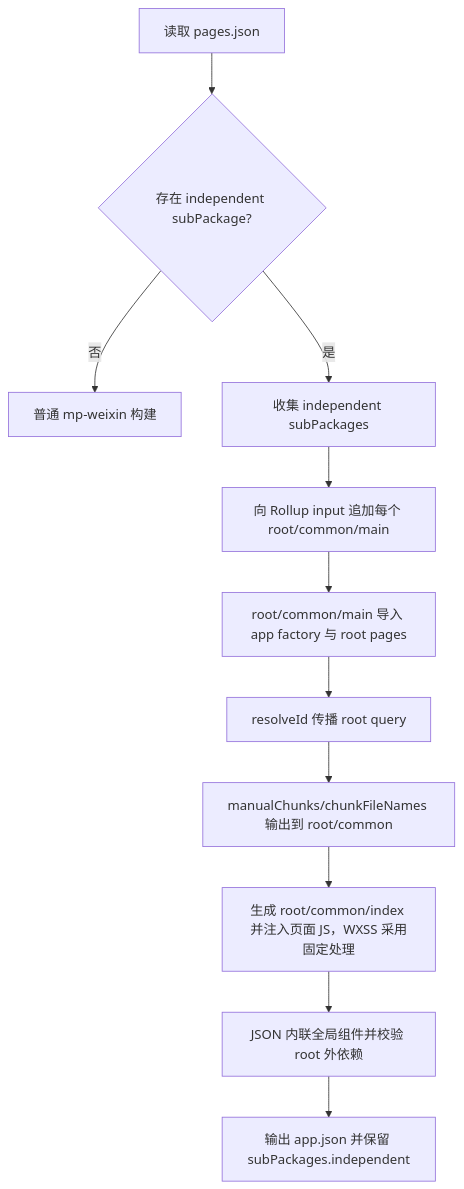
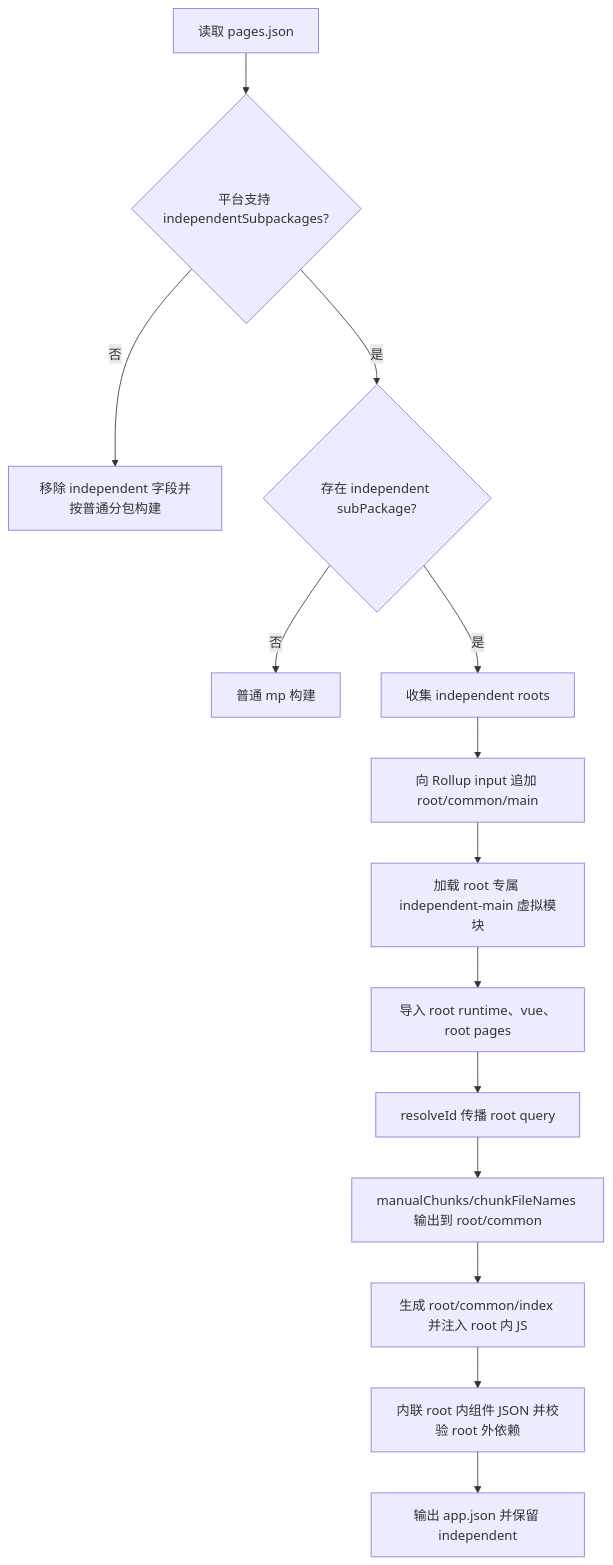
Before and after one commit to dcloudio/uni-app: the diagram in packages/uni-mp-weixin/independent-subpackage.md, drawn with Mermaid. The commit also changed other lines of this file and 10 other files, not shown here.

````diff
--- a/packages/uni-mp-weixin/independent-subpackage.md
+++ b/packages/uni-mp-weixin/independent-subpackage.md
@@ -189,13 +184,16 @@
 ```mermaid
 flowchart TD
-  A[读取 pages.json] --> B{存在 independent subPackage?}
-  B -- 否 --> C[普通 mp-weixin 构建]
-  B -- 是 --> D[收集 independent subPackages]
-  D --> E[向 Rollup input 追加每个 root/common/main]
-  E --> F[root/common/main 导入 app factory 与 root pages]
-  F --> G[resolveId 传播 root query]
-  G --> H[manualChunks/chunkFileNames 输出到 root/common]
-  H --> I[生成 root/common/index 并注入页面 JS，WXSS 采用固定处理]
-  I --> J[JSON 内联全局组件并校验 root 外依赖]
-  J --> K[输出 app.json 并保留 subPackages.independent]
+  A[读取 pages.json] --> B{平台支持 independentSubpackages?}
+  B -- 否 --> C[移除 independent 字段并按普通分包构建]
+  B -- 是 --> D{存在 independent subPackage?}
+  D -- 否 --> E[普通 mp 构建]
+  D -- 是 --> F[收集 independent roots]
+  F --> G[向 Rollup input 追加 root/common/main]
+  G --> H[加载 root 专属 independent-main 虚拟模块]
+  H --> I[导入 root runtime、vue、root pages]
+  I --> J[resolveId 传播 root query]
+  J --> K[manualChunks/chunkFileNames 输出到 root/common]
+  K --> L[生成 root/common/index 并注入 root 内 JS]
+  L --> M[内联 root 内组件 JSON 并校验 root 外依赖]
+  M --> N[输出 app.json 并保留 independent]
 ```
````
